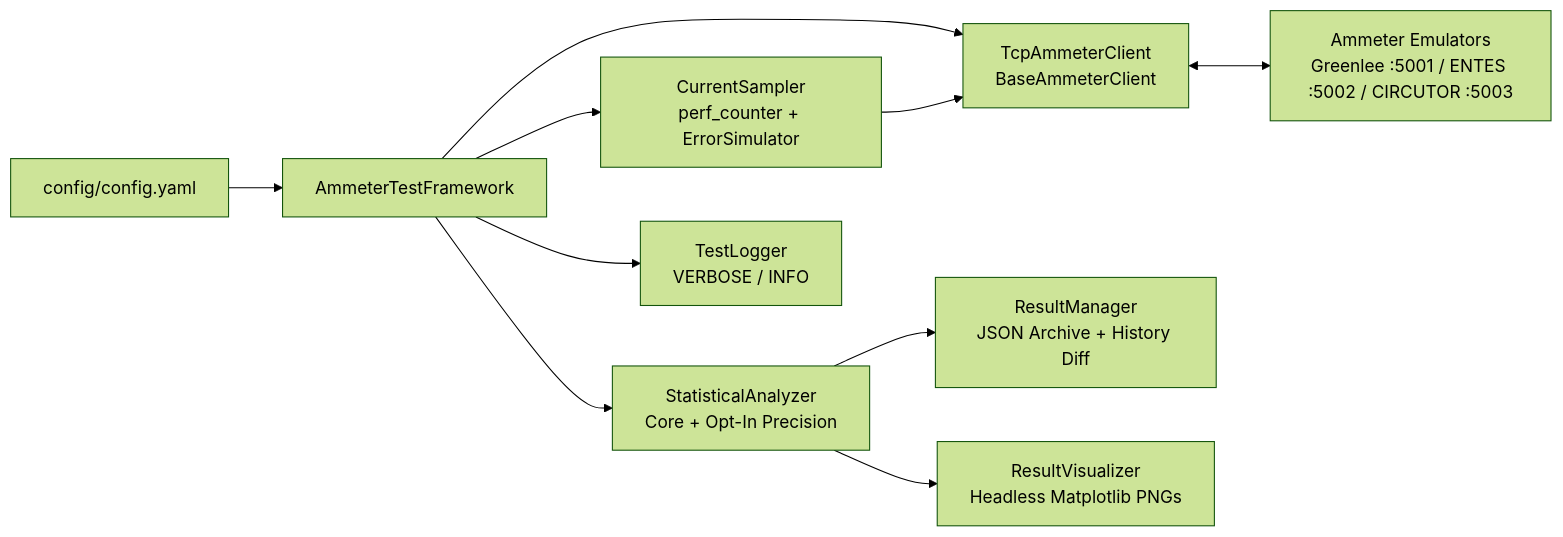
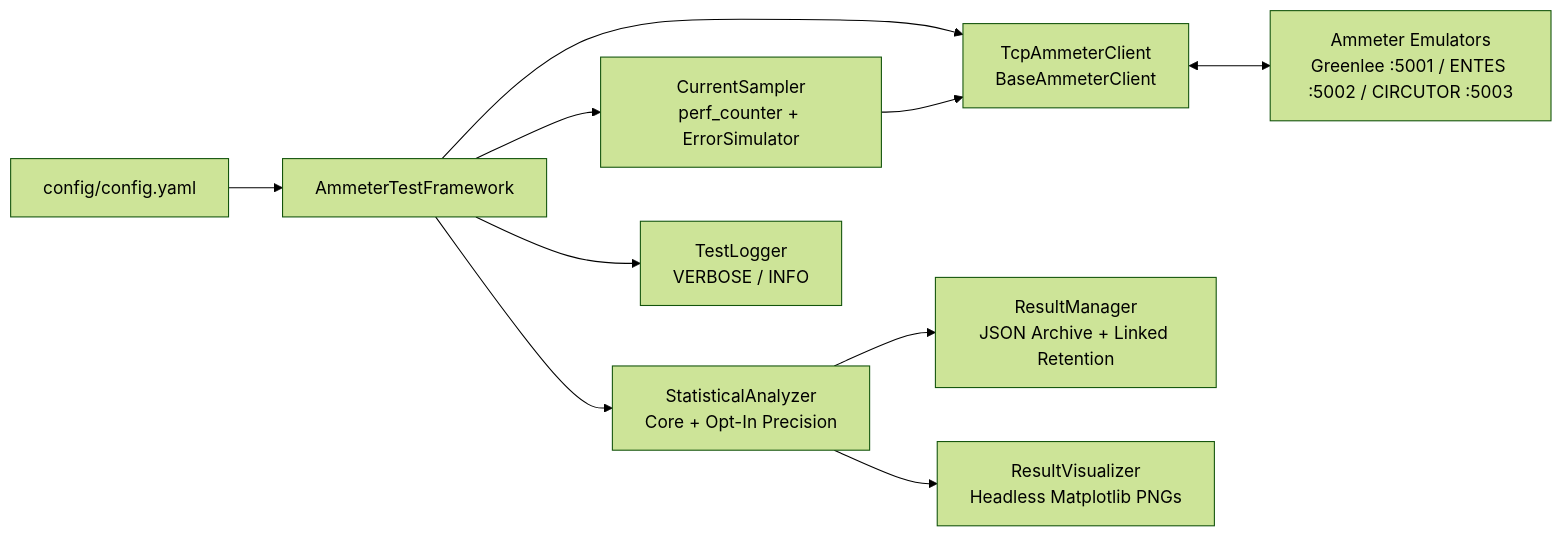
Before and after one commit to talmalek/NESS_Automation_Home_Task: the diagram in README.md, drawn with Mermaid (forest theme). The commit also changed other lines of this file and 6 other files, not shown here.

````diff
--- a/README.md
+++ b/README.md
@@ -11,12 +11,12 @@
 ```mermaid
 flowchart LR
     CFG[config/config.yaml] --> FW[AmmeterTestFramework]
     FW --> CL[TcpAmmeterClient<br/>BaseAmmeterClient]
     FW --> SM[CurrentSampler<br/>perf_counter + ErrorSimulator]
     SM --> CL
     CL <--> EM[Ammeter Emulators<br/>Greenlee :5001 / ENTES :5002 / CIRCUTOR :5003]
     FW --> AN[StatisticalAnalyzer<br/>Core + Opt-In Precision]
-    AN --> RM[ResultManager<br/>JSON Archive + History Diff]
+    AN --> RM[ResultManager<br/>JSON Archive + Linked Retention]
     AN --> VZ[ResultVisualizer<br/>Headless Matplotlib PNGs]
     FW --> LG[TestLogger<br/>VERBOSE / INFO]
 ```
````
